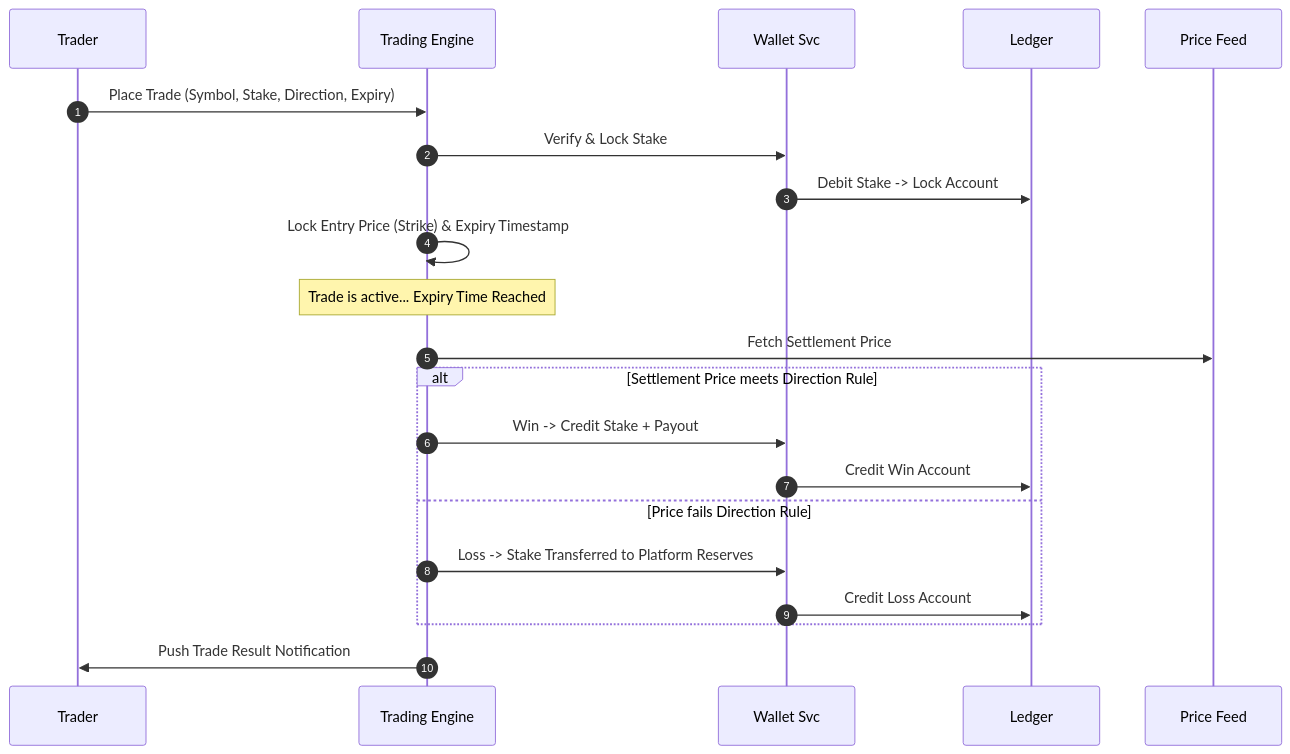
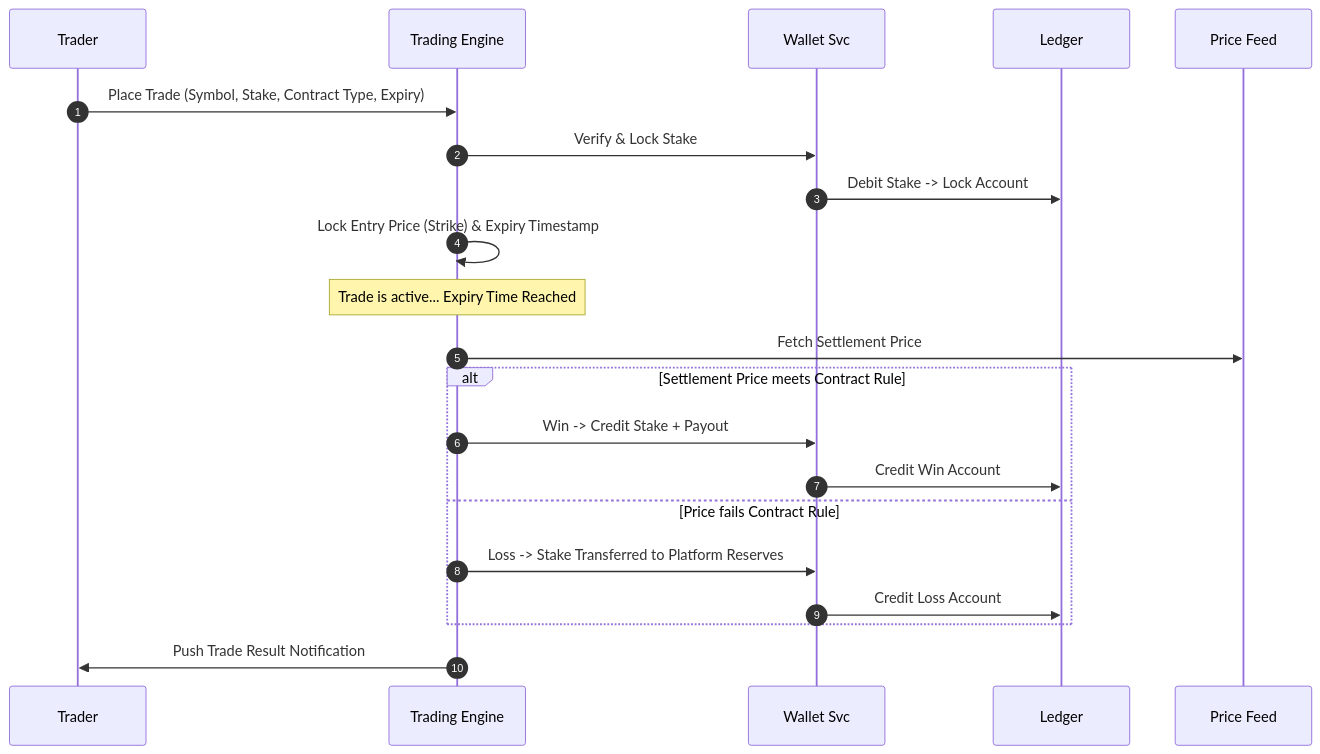
Before and after one commit to justabacha/SkiesPro: the fourth of 5 diagrams in docs/01_BUSINESS_REQUIREMENTS.md, drawn with Mermaid. The commit also changed other lines of this file and 153 other files, not shown here.

Commit message:
WP-10 Trading Engine Backend

````diff
--- a/docs/01_BUSINESS_REQUIREMENTS.md
+++ b/docs/01_BUSINESS_REQUIREMENTS.md
@@ -224,18 +224,18 @@
 ```mermaid
 sequenceDiagram
     autonumber
-    Trader->>Trading Engine: Place Trade (Symbol, Stake, Direction, Expiry)
+    Trader->>Trading Engine: Place Trade (Symbol, Stake, Contract Type, Expiry)
     Trading Engine->>Wallet Svc: Verify & Lock Stake
     Wallet Svc->>Ledger: Debit Stake -> Lock Account
     Trading Engine->>Trading Engine: Lock Entry Price (Strike) & Expiry Timestamp
     Note over Trading Engine: Trade is active... Expiry Time Reached
     Trading Engine->>Price Feed: Fetch Settlement Price
-    Alt Settlement Price meets Direction Rule
+    Alt Settlement Price meets Contract Rule
         Trading Engine->>Wallet Svc: Win -> Credit Stake + Payout
         Wallet Svc->>Ledger: Credit Win Account
-    Else Price fails Direction Rule
+    Else Price fails Contract Rule
         Trading Engine->>Wallet Svc: Loss -> Stake Transferred to Platform Reserves
         Wallet Svc->>Ledger: Credit Loss Account
     End
     Trading Engine->>Trader: Push Trade Result Notification
 ```
````
